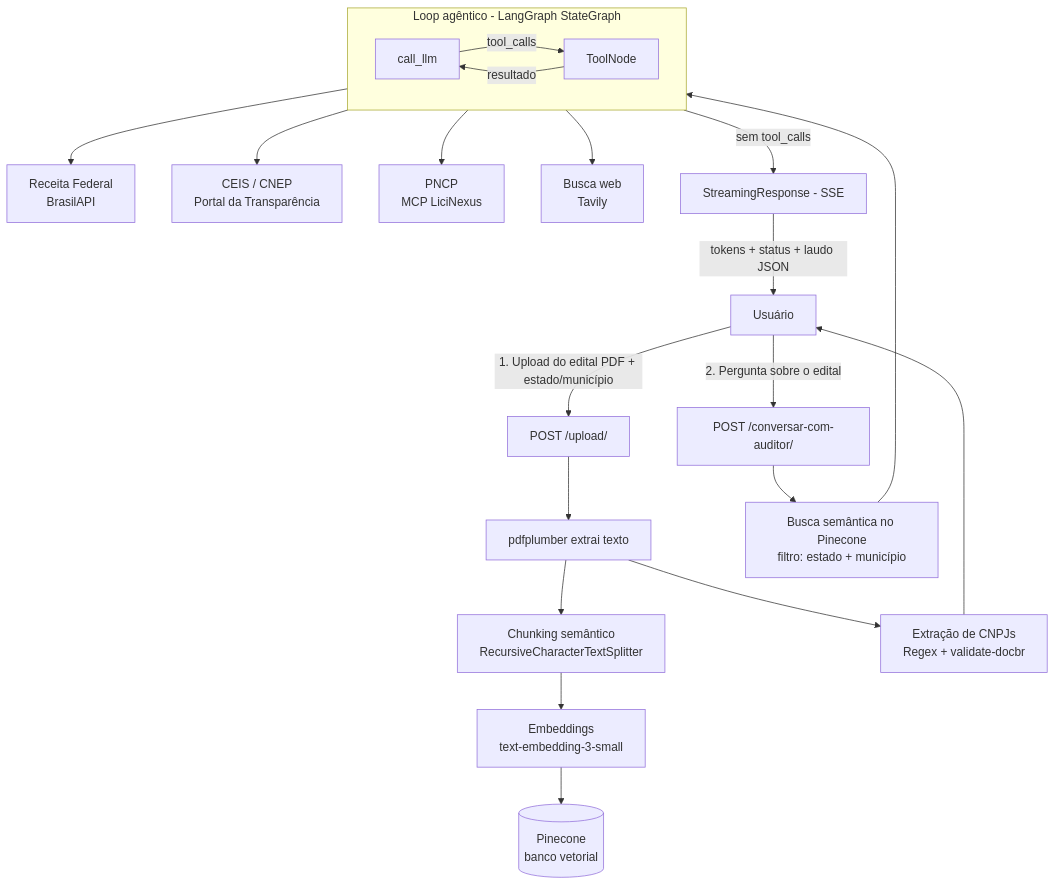
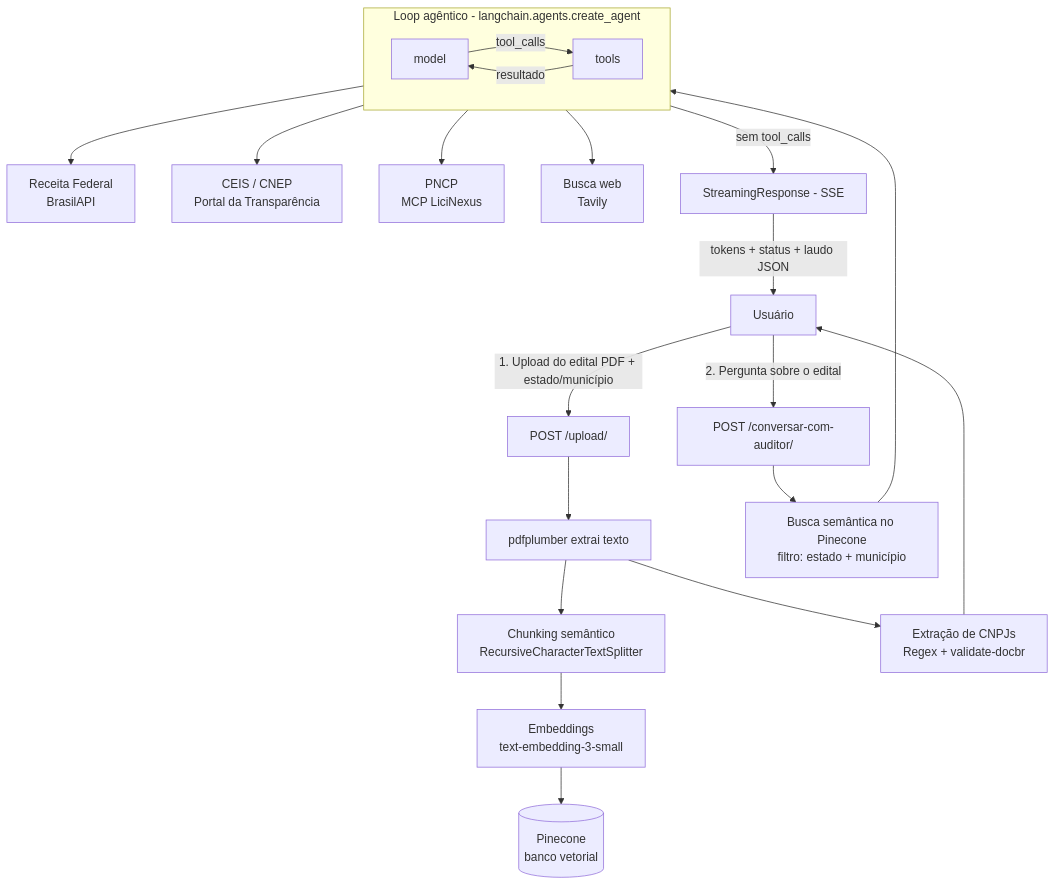
One commit to Moreira-89/auditor-cidadao changed the diagram in README.md. Above: the diagram before and after it, drawn with Mermaid. The commit also changed other lines of this file and 15 other files, not shown here.

````diff
--- a/README.md
+++ b/README.md
@@ -47,28 +47,28 @@
 ```mermaid
 flowchart TD
     U["Usuário"] -->|"1. Upload do edital PDF + estado/município"| UP["POST /upload/"]
     UP --> PDF["pdfplumber extrai texto"]
     PDF --> CHUNK["Chunking semântico<br/>RecursiveCharacterTextSplitter"]
     CHUNK --> EMB["Embeddings<br/>text-embedding-3-small"]
     EMB --> PC[("Pinecone<br/>banco vetorial")]
     PDF --> CNPJ["Extração de CNPJs<br/>Regex + validate-docbr"]
     CNPJ --> U
 
     U -->|"2. Pergunta sobre o edital"| CHAT["POST /conversar-com-auditor/"]
     CHAT --> RAG["Busca semântica no Pinecone<br/>filtro: estado + município"]
     RAG --> AGENT
 
-    subgraph AGENT["Loop agêntico - LangGraph StateGraph"]
+    subgraph AGENT["Loop agêntico - langchain.agents.create_agent"]
         direction LR
-        LLM["call_llm"] -->|"tool_calls"| TOOLS["ToolNode"]
+        LLM["model"] -->|"tool_calls"| TOOLS["tools"]
         TOOLS -->|"resultado"| LLM
     end
 
     TOOLS --> RF["Receita Federal<br/>BrasilAPI"]
     TOOLS --> CEIS["CEIS / CNEP<br/>Portal da Transparência"]
     TOOLS --> PNCP["PNCP<br/>MCP LiciNexus"]
     TOOLS --> WEB["Busca web<br/>Tavily"]
 
     LLM -->|"sem tool_calls"| SSE["StreamingResponse - SSE"]
     SSE -->|"tokens + status + laudo JSON"| U
 ```
````
